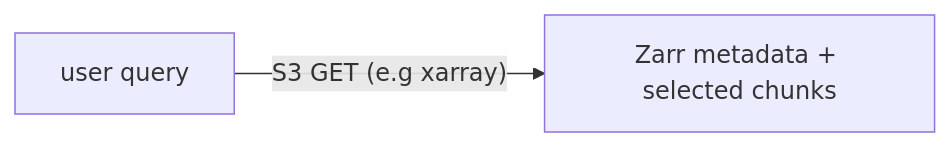
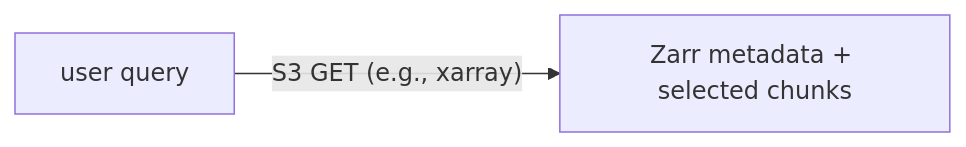
Before and after one commit to freva-org/grid-doctor: the diagram in docs/data/storage_concepts/zarr-and-s3.md, drawn with Mermaid. The commit also changed 6 other files, not shown here.

````diff
--- a/docs/data/storage_concepts/zarr-and-s3.md
+++ b/docs/data/storage_concepts/zarr-and-s3.md
@@ -86,7 +86,7 @@
 ```mermaid
 flowchart LR
         A["user query"]
         B["Zarr metadata + selected chunks"]
 
-    A -->|"S3 GET (e.g xarray)"| B
+    A -->|"S3 GET (e.g., xarray)"| B
 ```
````
